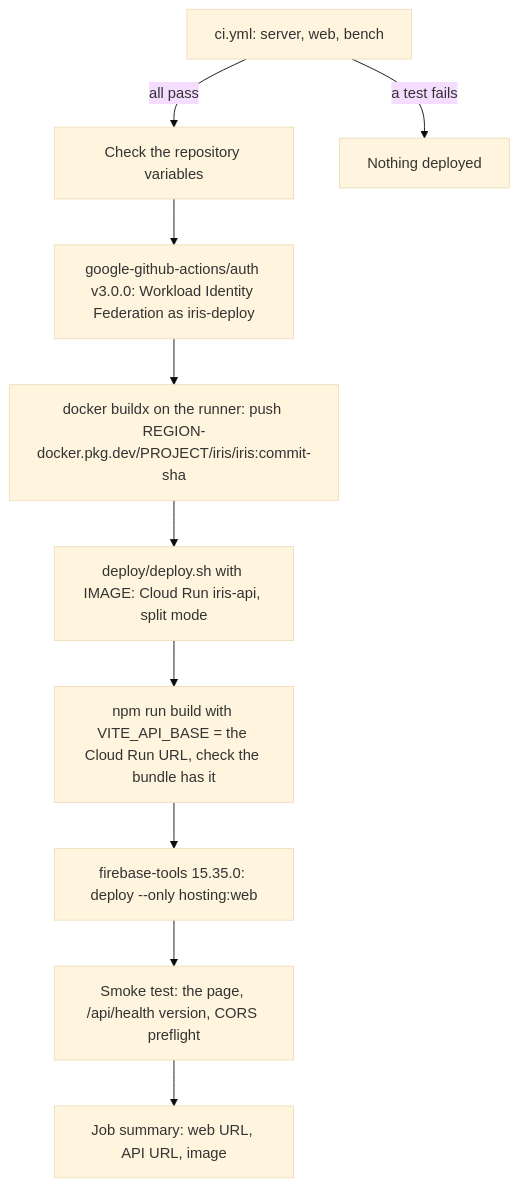
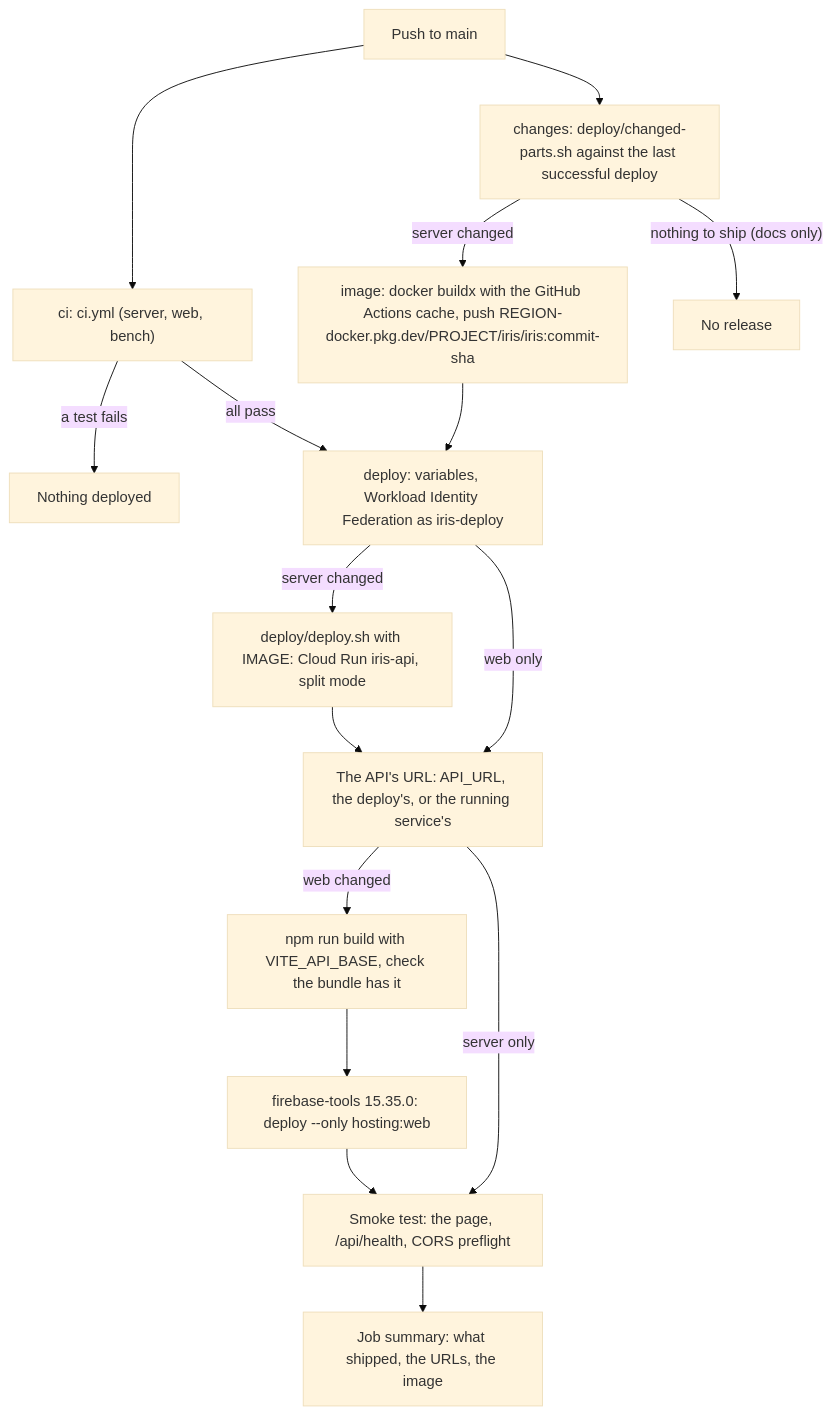
Before and after one commit to Saravana-Rajan/IRIS: the second of 3 diagrams in docs/architecture/17-deployment-and-operations.md, drawn with Mermaid (base theme). The commit also changed other lines of this file and 3 other files, not shown here.

First line of the commit message:
docs: the faster deploy pipeline (17, 18, deploy/README.md) and a build-log entry

````diff
--- a/docs/architecture/17-deployment-and-operations.md
+++ b/docs/architecture/17-deployment-and-operations.md
@@ -247,12 +250,18 @@
 ```mermaid
 flowchart TD
-  tests["ci.yml: server, web, bench"] -->|"all pass"| vars["Check the repository variables"]
+  push["Push to main"] --> changes["changes: deploy/changed-parts.sh against the last successful deploy"]
+  push --> tests["ci: ci.yml (server, web, bench)"]
+  changes -->|"server changed"| image["image: docker buildx with the GitHub Actions cache, push REGION-docker.pkg.dev/PROJECT/iris/iris:commit-sha"]
+  changes -->|"nothing to ship (docs only)"| none["No release"]
   tests -->|"a test fails"| stop["Nothing deployed"]
-  vars --> auth["google-github-actions/auth v3.0.0: Workload Identity Federation as iris-deploy"]
-  auth --> image["docker buildx on the runner: push REGION-docker.pkg.dev/PROJECT/iris/iris:commit-sha"]
-  image --> run["deploy/deploy.sh with IMAGE: Cloud Run iris-api, split mode"]
-  run --> web["npm run build with VITE_API_BASE = the Cloud Run URL, check the bundle has it"]
+  tests -->|"all pass"| deploy["deploy: variables, Workload Identity Federation as iris-deploy"]
+  image --> deploy
+  deploy -->|"server changed"| run["deploy/deploy.sh with IMAGE: Cloud Run iris-api, split mode"]
+  run --> api["The API's URL: API_URL, the deploy's, or the running service's"]
+  deploy -->|"web only"| api
+  api -->|"web changed"| web["npm run build with VITE_API_BASE, check the bundle has it"]
   web --> fh["firebase-tools 15.35.0: deploy --only hosting:web"]
-  fh --> smoke["Smoke test: the page, /api/health version, CORS preflight"]
-  smoke --> summary["Job summary: web URL, API URL, image"]
+  fh --> smoke["Smoke test: the page, /api/health, CORS preflight"]
+  api -->|"server only"| smoke
+  smoke --> summary["Job summary: what shipped, the URLs, the image"]
 ```
````
